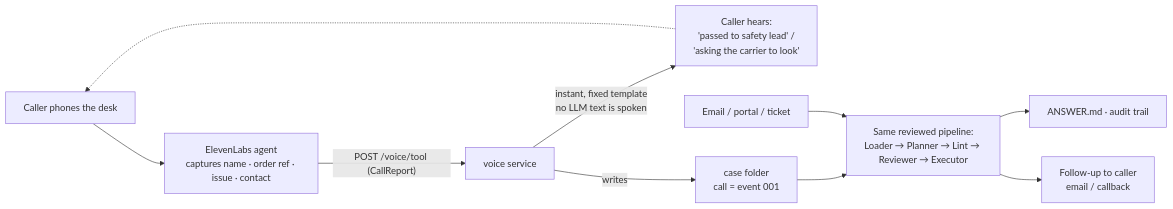
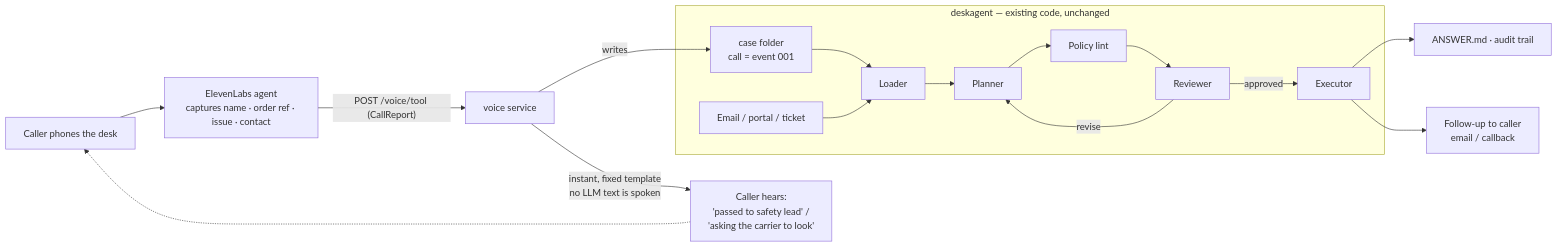
One commit to workonthestreets/greatagent changed the second of 2 diagrams in docs/kash-testing-integration.md. Above: the diagram before and after it, drawn with Mermaid. The commit also changed other lines of this file, not shown here.

Commit message:
docs: draw voice plugging into unchanged deskagent subgraph

````diff
--- a/docs/kash-testing-integration.md
+++ b/docs/kash-testing-integration.md
@@ -26,12 +26,21 @@
 ```mermaid
 flowchart LR
     PH["Caller phones the desk"] --> EL["ElevenLabs agent<br/>captures name · order ref · issue · contact"]
     EL -->|"POST /voice/tool (CallReport)"| VI["voice service"]
     VI -->|"instant, fixed template<br/>no LLM text is spoken"| SP["Caller hears:<br/>'passed to safety lead' /<br/>'asking the carrier to look'"]
     SP -.-> PH
     VI -->|"writes"| CF["case folder<br/>call = event 001"]
-    CF --> PIPE["Same reviewed pipeline:<br/>Loader → Planner → Lint → Reviewer → Executor"]
-    EM["Email / portal / ticket"] --> PIPE
-    PIPE --> O2["ANSWER.md · audit trail"]
-    PIPE --> FU["Follow-up to caller<br/>email / callback"]
+
+    subgraph DA["deskagent — existing code, unchanged"]
+        CF --> L2["Loader"]
+        EM["Email / portal / ticket"] --> L2
+        L2 --> P2["Planner"]
+        P2 --> PL2["Policy lint"]
+        PL2 --> R2["Reviewer"]
+        R2 -->|approved| X2["Executor"]
+        R2 -->|revise| P2
+    end
+
+    X2 --> O2["ANSWER.md · audit trail"]
+    X2 --> FU["Follow-up to caller<br/>email / callback"]
 ```
````
